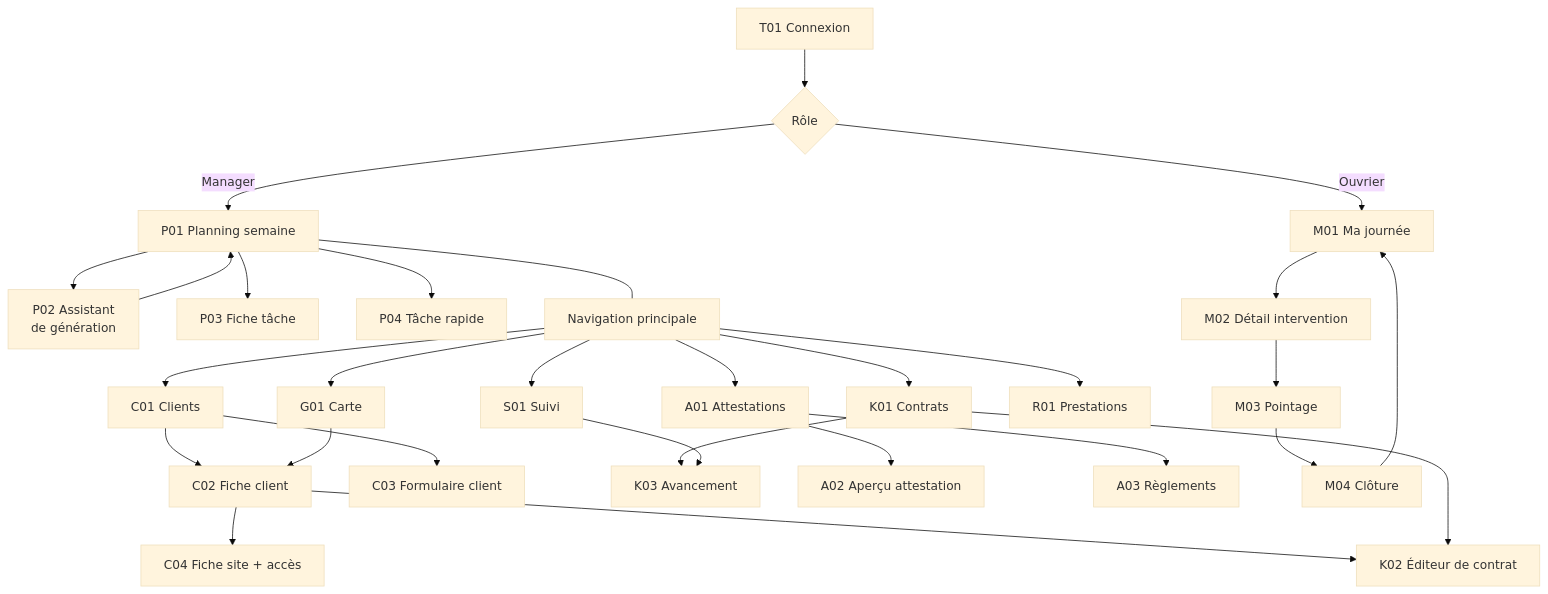
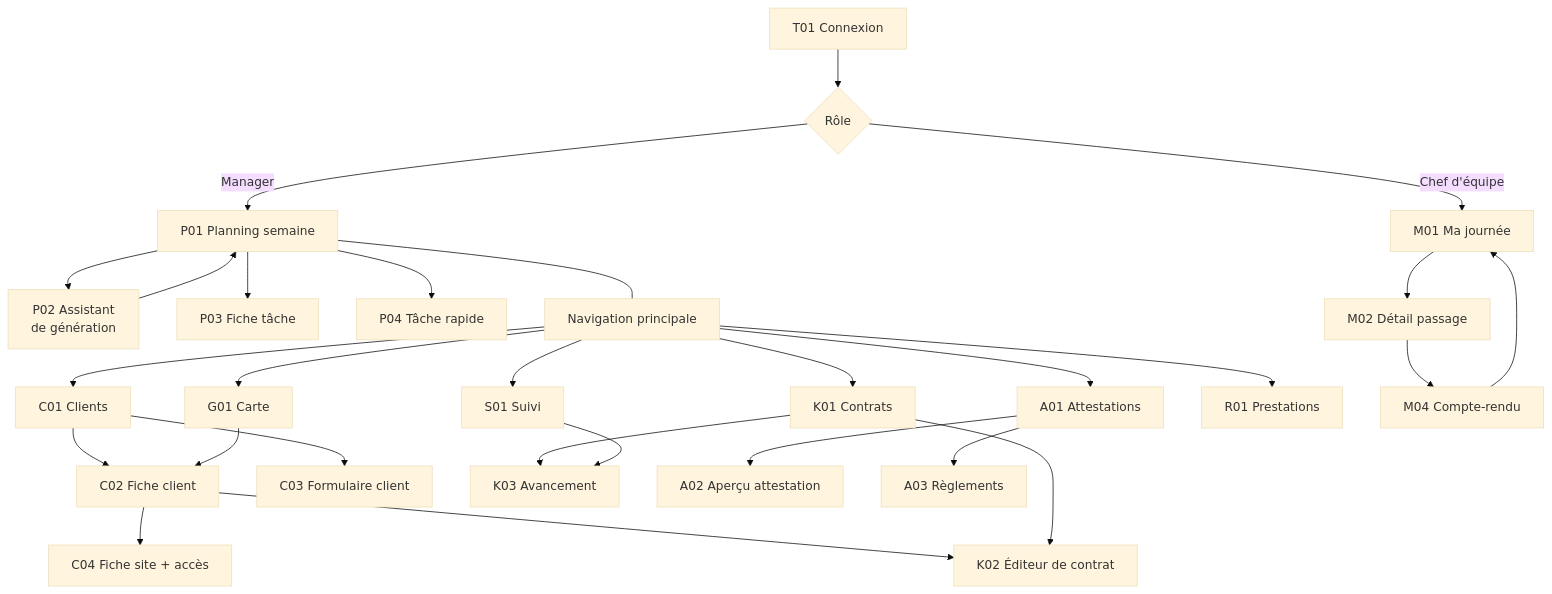
Before and after one commit to sladinji/Planisage: the ninth of 9 diagrams in docs/02-conception-poc.md, drawn with Mermaid (base theme). The commit also changed other lines of this file and 2 other files, not shown here.

````diff
--- a/docs/02-conception-poc.md
+++ b/docs/02-conception-poc.md
@@ -534,36 +590,35 @@
 ```mermaid
 flowchart TD
     T01["T01 Connexion"] --> ROLE{"Rôle"}
 
     ROLE -- "Manager" --> P01["P01 Planning semaine"]
-    ROLE -- "Ouvrier" --> M01["M01 Ma journée"]
+    ROLE -- "Chef d'équipe" --> M01["M01 Ma journée"]
 
     P01 --> P02["P02 Assistant<br/>de génération"]
     P01 --> P03["P03 Fiche tâche"]
     P01 --> P04["P04 Tâche rapide"]
     P02 --> P01
 
     P01 --- NAV["Navigation principale"]
     NAV --> C01["C01 Clients"]
     NAV --> K01["K01 Contrats"]
     NAV --> S01["S01 Suivi"]
     NAV --> G01["G01 Carte"]
     NAV --> A01["A01 Attestations"]
     NAV --> R01["R01 Prestations"]
 
     C01 --> C02["C02 Fiche client"]
     C01 --> C03["C03 Formulaire client"]
     C02 --> C04["C04 Fiche site + accès"]
     C02 --> K02["K02 Éditeur de contrat"]
     G01 --> C02
     K01 --> K02
     K01 --> K03["K03 Avancement"]
     S01 --> K03
     A01 --> A02["A02 Aperçu attestation"]
     A01 --> A03["A03 Règlements"]
 
-    M01 --> M02["M02 Détail intervention"]
-    M02 --> M03["M03 Pointage"]
-    M03 --> M04["M04 Clôture"]
+    M01 --> M02["M02 Détail passage"]
+    M02 --> M04["M04 Compte-rendu"]
     M04 --> M01
 ```
````
